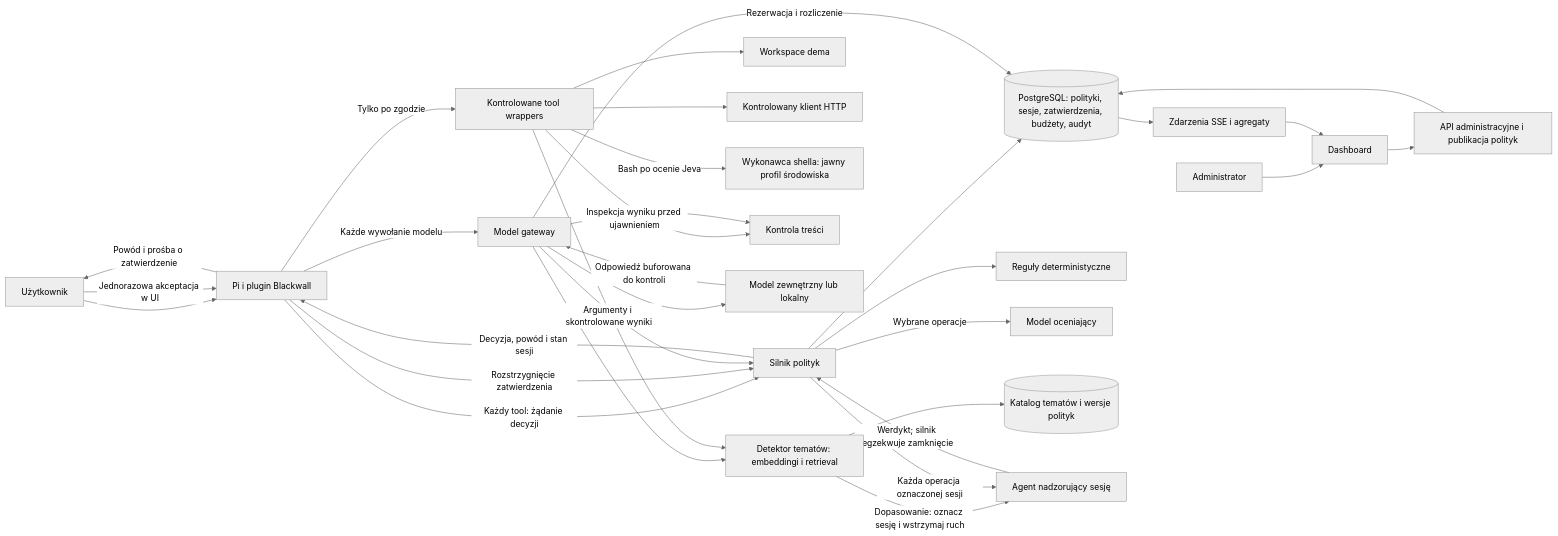
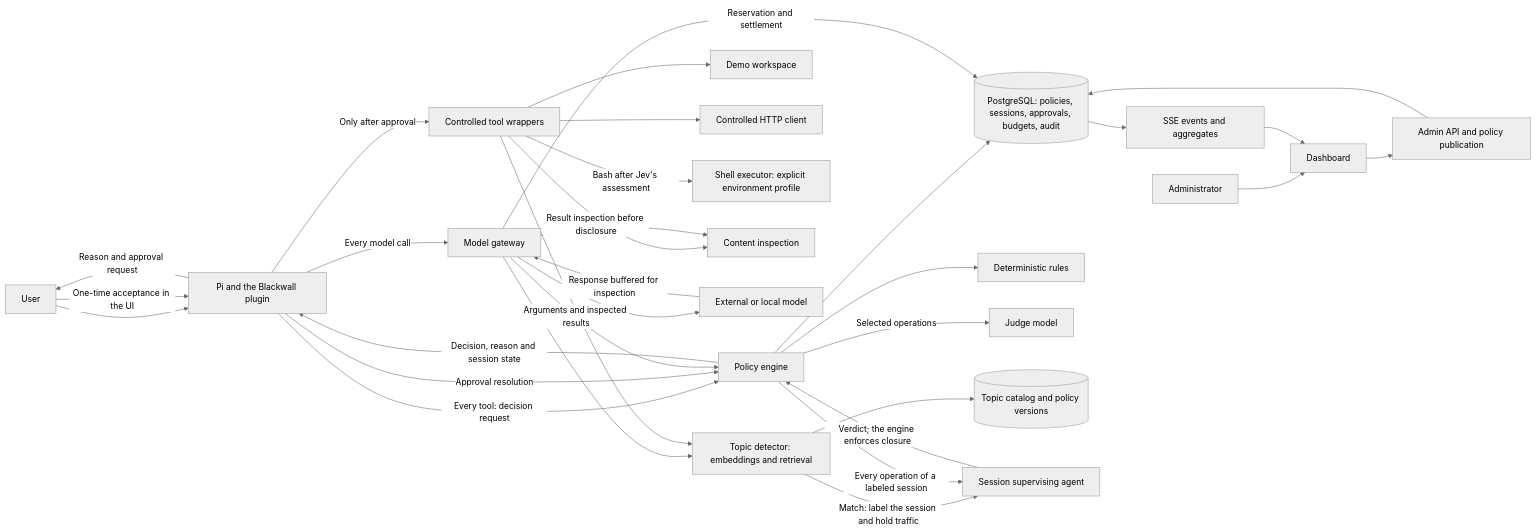
The first of 5 diagrams in website/dist/docs/blackwall-koncepcja-i-plan-dema.md (VashingMachine/hackyeah2026), drawn with Mermaid (neutral theme) before and after one commit. The commit also changed other lines of this file and 11 other files, not shown here.

````diff
--- a/website/dist/docs/blackwall-koncepcja-i-plan-dema.md
+++ b/website/dist/docs/blackwall-koncepcja-i-plan-dema.md
@@ -153,34 +153,34 @@
 ```mermaid
 flowchart LR
-    U[Użytkownik] --> P[Pi i plugin Blackwall]
+    U[User] --> P[Pi and the Blackwall plugin]
     A[Administrator] --> UI[Dashboard]
-    UI --> CP[API administracyjne i publikacja polityk]
-    CP --> DB[(PostgreSQL: polityki, sesje, zatwierdzenia, budżety, audyt)]
-    P -->|Każdy tool: żądanie decyzji| PE[Silnik polityk]
-    PE -->|Decyzja, powód i stan sesji| P
-    P -->|Powód i prośba o zatwierdzenie| U
-    U -->|Jednorazowa akceptacja w UI| P
-    P -->|Rozstrzygnięcie zatwierdzenia| PE
-    PE --> R[Reguły deterministyczne]
-    PE -->|Wybrane operacje| J[Model oceniający]
+    UI --> CP[Admin API and policy publication]
+    CP --> DB[(PostgreSQL: policies, sessions, approvals, budgets, audit)]
+    P -->|Every tool: decision request| PE[Policy engine]
+    PE -->|Decision, reason and session state| P
+    P -->|Reason and approval request| U
+    U -->|One-time acceptance in the UI| P
+    P -->|Approval resolution| PE
+    PE --> R[Deterministic rules]
+    PE -->|Selected operations| J[Judge model]
     PE --> DB
-    P -->|Tylko po zgodzie| EX[Kontrolowane tool wrappers]
-    EX --> FS[Workspace dema]
-    EX --> HTTP[Kontrolowany klient HTTP]
-    EX -->|Bash po ocenie Jeva| SH[Wykonawca shella: jawny profil środowiska]
-    EX -->|Inspekcja wyniku przed ujawnieniem| DLP[Kontrola treści]
-    P -->|Każde wywołanie modelu| MG[Model gateway]
+    P -->|Only after approval| EX[Controlled tool wrappers]
+    EX --> FS[Demo workspace]
+    EX --> HTTP[Controlled HTTP client]
+    EX -->|Bash after Jev's assessment| SH[Shell executor: explicit environment profile]
+    EX -->|Result inspection before disclosure| DLP[Content inspection]
+    P -->|Every model call| MG[Model gateway]
     MG --> PE
     MG --> DLP
-    MG -->|Rezerwacja i rozliczenie| DB
-    MG --> LLM[Model zewnętrzny lub lokalny]
-    LLM -->|Odpowiedź buforowana do kontroli| MG
-    MG --> TD[Detektor tematów: embeddingi i retrieval]
-    EX -->|Argumenty i skontrolowane wyniki| TD
-    TD --> TV[(Katalog tematów i wersje polityk)]
-    TD -->|Dopasowanie: oznacz sesję i wstrzymaj ruch| SG[Agent nadzorujący sesję]
-    PE -->|Każda operacja oznaczonej sesji| SG
-    SG -->|Werdykt; silnik egzekwuje zamknięcie| PE
-    DB --> EV[Zdarzenia SSE i agregaty]
+    MG -->|Reservation and settlement| DB
+    MG --> LLM[External or local model]
+    LLM -->|Response buffered for inspection| MG
+    MG --> TD[Topic detector: embeddings and retrieval]
+    EX -->|Arguments and inspected results| TD
+    TD --> TV[(Topic catalog and policy versions)]
+    TD -->|Match: label the session and hold traffic| SG[Session supervising agent]
+    PE -->|Every operation of a labeled session| SG
+    SG -->|Verdict; the engine enforces closure| PE
+    DB --> EV[SSE events and aggregates]
     EV --> UI
 ```
````
